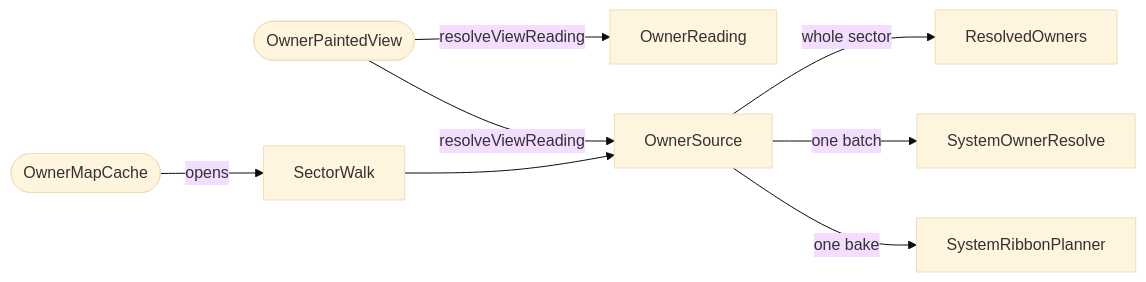
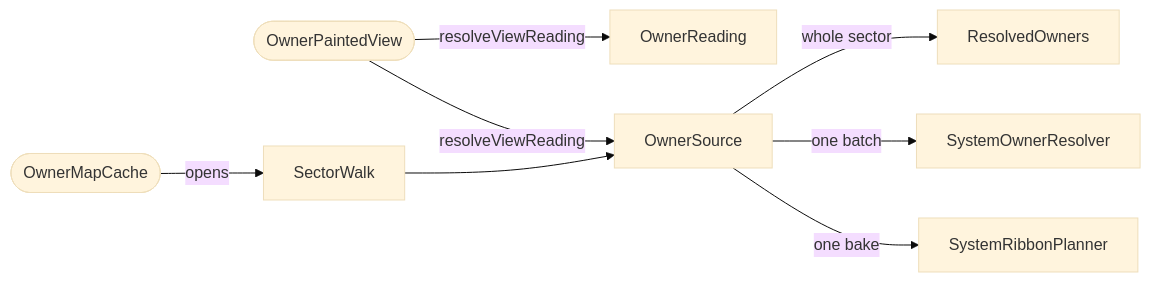
One commit to Klark-Morrigan/Starsector-Mod-KMU changed the diagram in src/main/java/kmu/maplayers/ownermap/owners/README.md. Above: the diagram before and after it, drawn with Mermaid (base theme). The commit also changed other lines of this file and 39 other files, not shown here.

````diff
--- a/src/main/java/kmu/maplayers/ownermap/owners/README.md
+++ b/src/main/java/kmu/maplayers/ownermap/owners/README.md
@@ -27,10 +27,10 @@
 ```mermaid
 flowchart LR
     C([OwnerMapCache]) -->|opens| W[SectorWalk]
     V([OwnerPaintedView]) -->|resolveViewReading| R[OwnerReading]
     V -->|resolveViewReading| S[OwnerSource]
     W --> S
     S -->|whole sector| O[ResolvedOwners]
-    S -->|one batch| P[SystemOwnerResolve]
+    S -->|one batch| P[SystemOwnerResolver]
     S -->|one bake| B[SystemRibbonPlanner]
 ```
````
